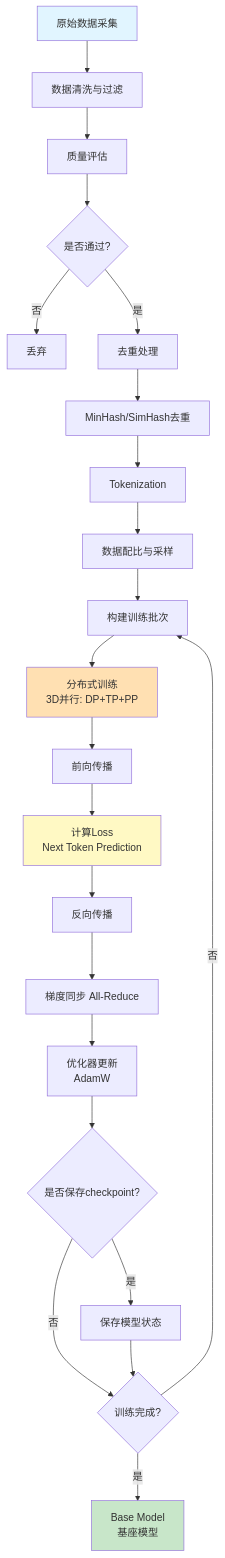
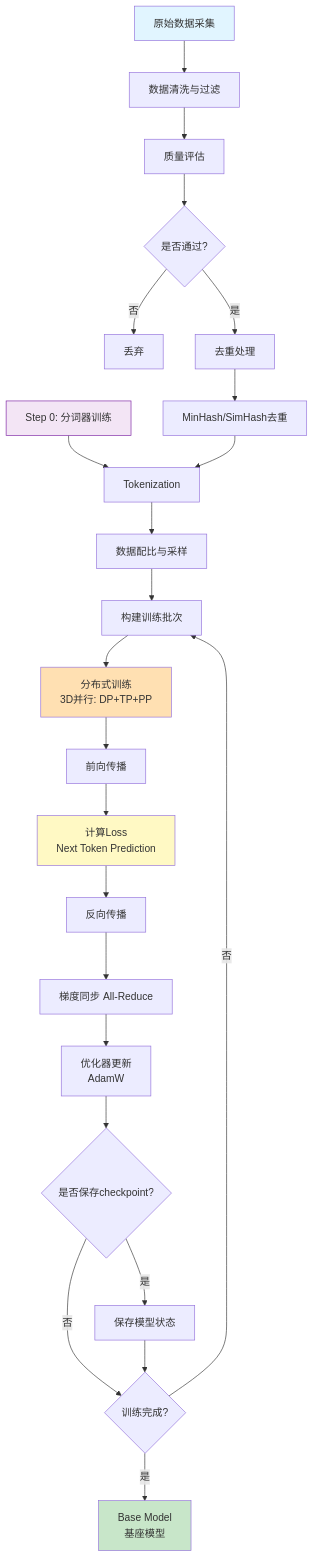
One commit to TingdeLiu/tingdeliu.github.io changed the second of 15 diagrams in _posts/2026-02-06-LLM-Training-Survey.md. Above: the diagram before and after it, drawn with Mermaid. The commit also changed other lines of this file, not shown here.

````diff
--- a/_posts/2026-02-06-LLM-Training-Survey.md
+++ b/_posts/2026-02-06-LLM-Training-Survey.md
@@ -316,29 +318,31 @@
 ```mermaid
 graph TD
+    A0[Step 0: 分词器训练] --> H
     A[原始数据采集] --> B[数据清洗与过滤]
     B --> C[质量评估]
     C --> D{是否通过?}
     D -->|否| E[丢弃]
     D -->|是| F[去重处理]
     F --> G[MinHash/SimHash去重]
     G --> H[Tokenization]
     H --> I[数据配比与采样]
     I --> J[构建训练批次]
     J --> K[分布式训练<br/>3D并行: DP+TP+PP]
     K --> L[前向传播]
     L --> M[计算Loss<br/>Next Token Prediction]
     M --> N[反向传播]
     N --> O[梯度同步 All-Reduce]
     O --> P[优化器更新<br/>AdamW]
     P --> Q{是否保存checkpoint?}
     Q -->|是| R[保存模型状态]
     Q -->|否| S{训练完成?}
     R --> S
     S -->|否| J
     S -->|是| T[Base Model<br/>基座模型]
 
+    style A0 fill:#f3e5f5,stroke:#7b1fa2
     style A fill:#e1f5ff
     style T fill:#c8e6c9
     style M fill:#fff9c4
     style K fill:#ffe0b2
 ```
````
